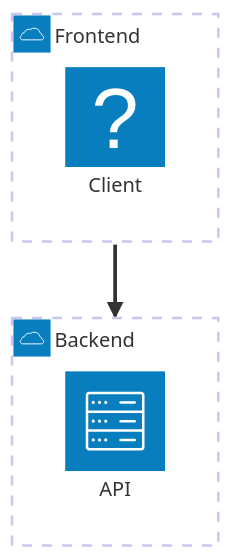
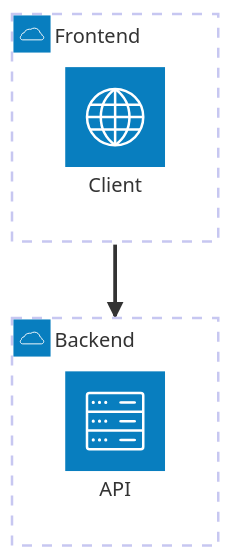
One commit to mitch-avis/agent-skills changed the ninth of 9 diagrams in mermaid/references/architecture-diagrams.md. Above: the diagram before and after it, drawn with Mermaid. The commit also changed other lines of this file and 45 other files, not shown here.

````diff
--- a/mermaid/references/architecture-diagrams.md
+++ b/mermaid/references/architecture-diagrams.md
@@ -171,10 +171,10 @@
 ```mermaid
 architecture-beta
     group frontend(cloud)[Frontend]
     group backend(cloud)[Backend]
 
-    service client(browser)[Client] in frontend
+    service client(internet)[Client] in frontend
     service api(server)[API] in backend
 
     client{group}:B --> T:api{group}
 ```
````
